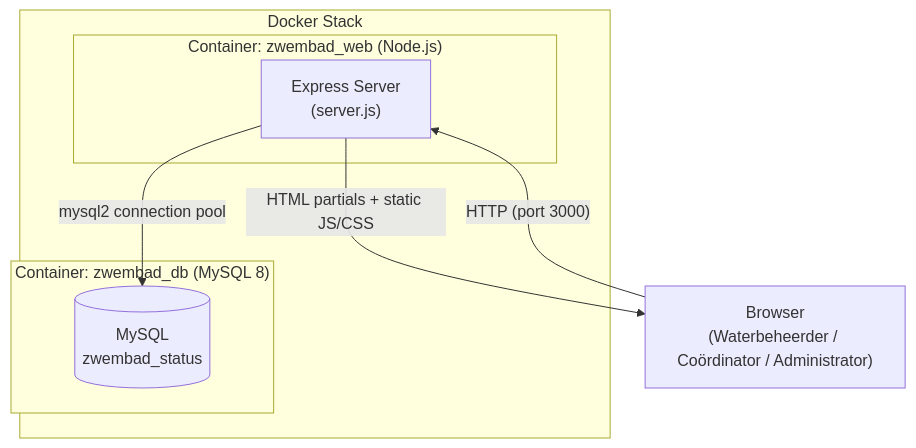
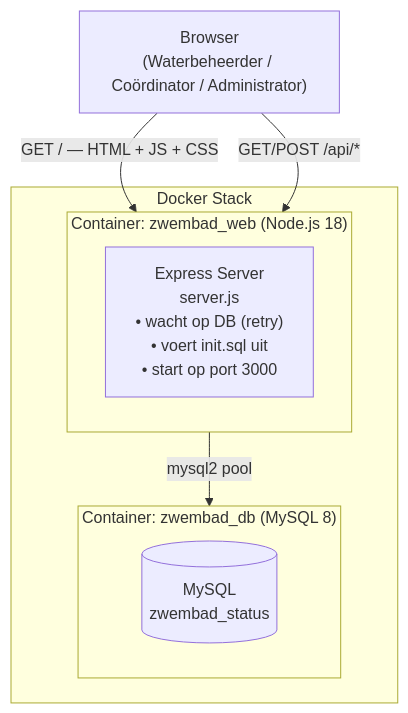
The first of 9 diagrams in docs/architecture.md (pjgheijmans/NewSiteWaterbeheerDeBercken), drawn with Mermaid before and after one commit. The commit also changed other lines of this file, not shown here.

Commit message:
Update architecture diagram

````diff
--- a/docs/architecture.md
+++ b/docs/architecture.md
@@ -7,17 +7,16 @@
 ```mermaid
 graph TB
     subgraph Docker["Docker Stack"]
-        subgraph Web["Container: zwembad_web (Node.js)"]
-            Express["Express Server\n(server.js)"]
+        subgraph Web["Container: zwembad_web (Node.js 18)"]
+            Express["Express Server\nserver.js\n• wacht op DB (retry)\n• voert init.sql uit\n• start op port 3000"]
         end
         subgraph DB["Container: zwembad_db (MySQL 8)"]
             MySQL[(MySQL\nzwembad_status)]
         end
+        Web -->|"mysql2 pool"| DB
     end
 
     Browser["Browser\n(Waterbeheerder / Coördinator / Administrator)"]
-
-    Browser -->|"HTTP (port 3000)"| Express
-    Express -->|"mysql2 connection pool"| MySQL
-    Express -->|"HTML partials + static JS/CSS"| Browser
+    Browser -->|"GET / — HTML + JS + CSS"| Web
+    Browser -->|"GET/POST /api/*"| Web
 ```
````
